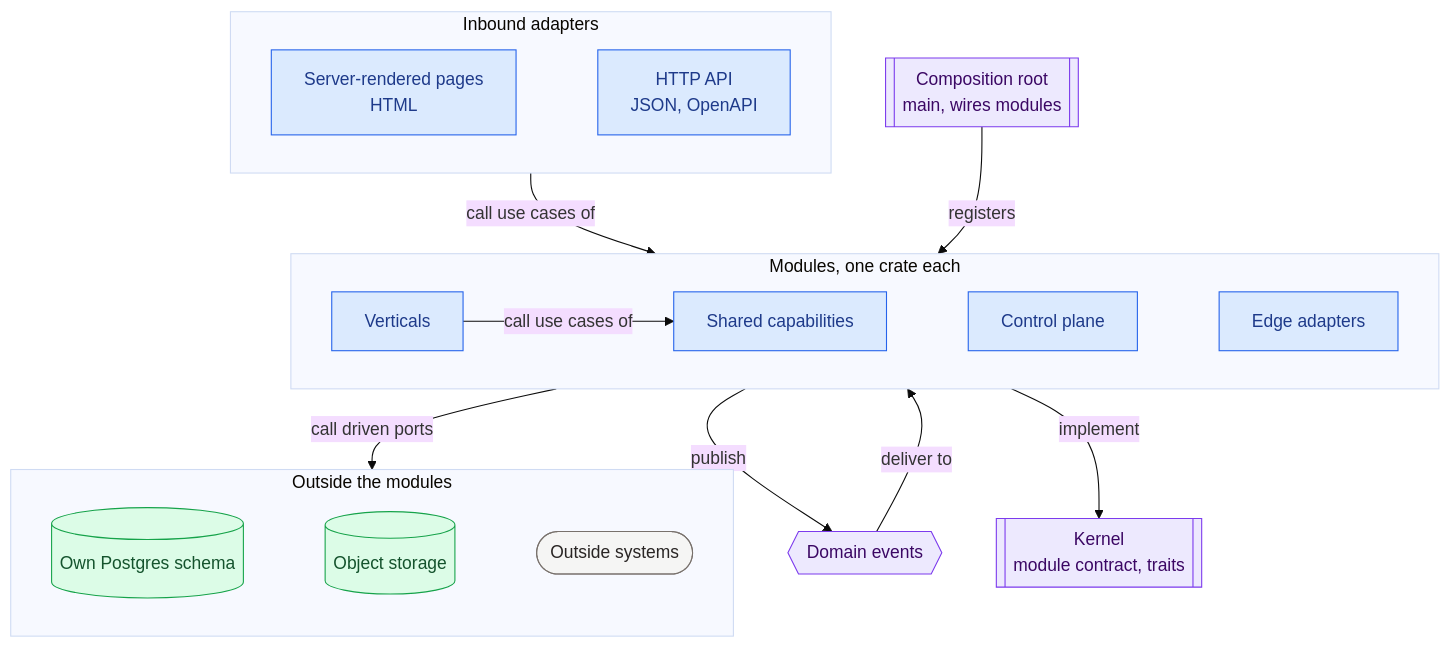
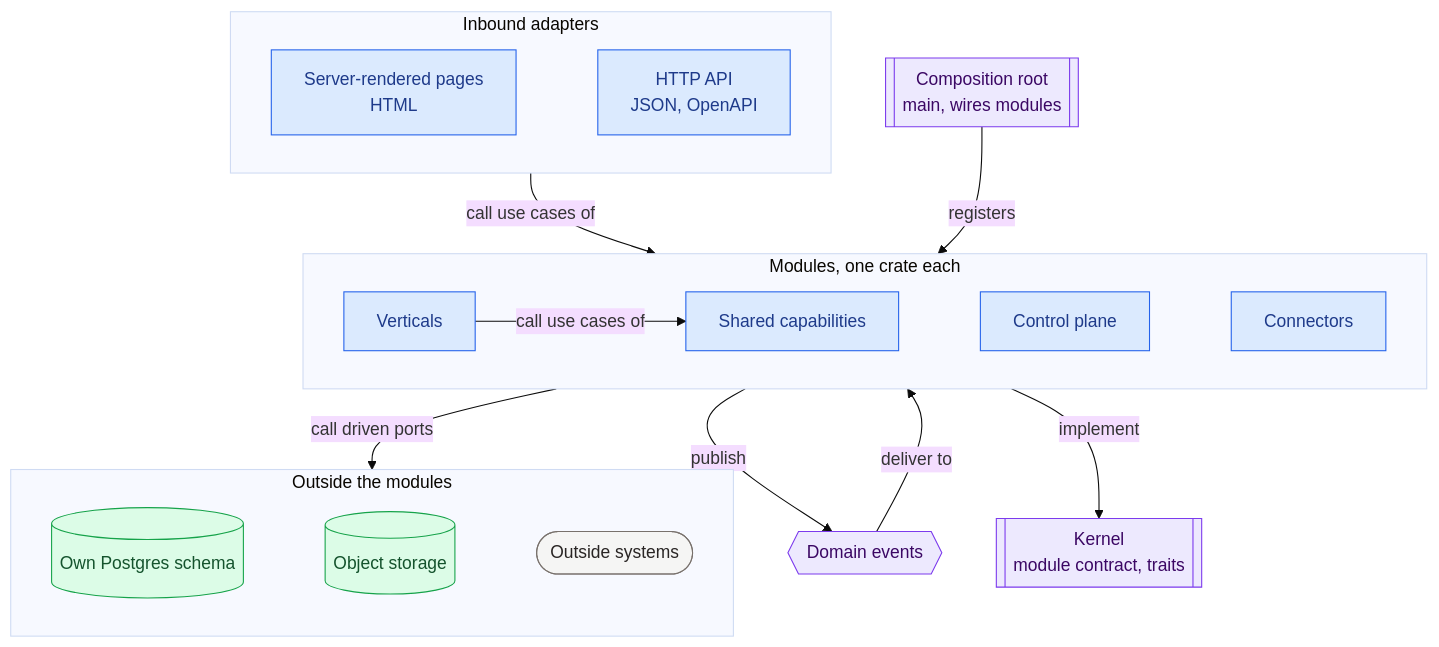
Before and after one commit to heavymedl-labs/tetsu: the third of 7 diagrams in ARCHITECTURE.md, drawn with Mermaid (base theme). The commit also changed 6 other files, not shown here.

First line of the commit message:
docs: name salons and spas as second industry, rename edge adapters

````diff
--- a/ARCHITECTURE.md
+++ b/ARCHITECTURE.md
@@ -125,38 +125,38 @@
 ```mermaid
 flowchart TB
     accTitle: Components of the Tetsu server
-    accDescr: Inbound adapters, server-rendered HTML pages and a JSON HTTP API, call use cases of the modules, one crate each: verticals, shared capabilities, control plane, and edge adapters. Verticals call use cases of shared capabilities. Modules call driven ports that outbound adapters implement, reaching their own Postgres schema, object storage, and outside systems. Modules publish domain events, which are delivered to other modules. Delivery is decided in #11. Modules implement the kernel's module contract, and the composition root registers them.
+    accDescr: Inbound adapters, server-rendered HTML pages and a JSON HTTP API, call use cases of the modules, one crate each: verticals, shared capabilities, control plane, and connectors. Verticals call use cases of shared capabilities. Modules call driven ports that outbound adapters implement, reaching their own Postgres schema, object storage, and outside systems. Modules publish domain events, which are delivered to other modules. Delivery is decided in #11. Modules implement the kernel's module contract, and the composition root registers them.
 
     subgraph inbound[Inbound adapters]
         pages["Server-rendered pages<br/>HTML"] ~~~ api["HTTP API<br/>JSON, OpenAPI"]
     end
 
     subgraph modules[Modules, one crate each]
         verticals[Verticals] -- call use cases of --> shared[Shared capabilities]
-        shared ~~~ control[Control plane] ~~~ edge[Edge adapters]
+        shared ~~~ control[Control plane] ~~~ connectors[Connectors]
     end
 
     subgraph out[Outside the modules]
         db[(Own Postgres schema)] ~~~ files[(Object storage)] ~~~ outside([Outside systems])
     end
 
     events{{Domain events}}
     kernel[["Kernel<br/>module contract, traits"]]
     root[["Composition root<br/>main, wires modules"]]
 
     inbound -- call use cases of --> modules
     modules -- call driven ports --> out
     modules -- publish --> events
     events -- deliver to --> modules
     modules -- implement --> kernel
     root -- registers --> modules
 
     classDef ours fill:#dbeafe,stroke:#2563eb,color:#1e3a8a
     classDef core fill:#ede9fe,stroke:#7c3aed,color:#3b0764
     classDef store fill:#dcfce7,stroke:#16a34a,color:#14532d
     classDef external fill:#f5f5f4,stroke:#78716c,color:#292524
-    class pages,api,verticals,control,shared,edge ours
+    class pages,api,verticals,control,shared,connectors ours
     class kernel,events,root core
     class db,files store
     class outside external
 ```
````
